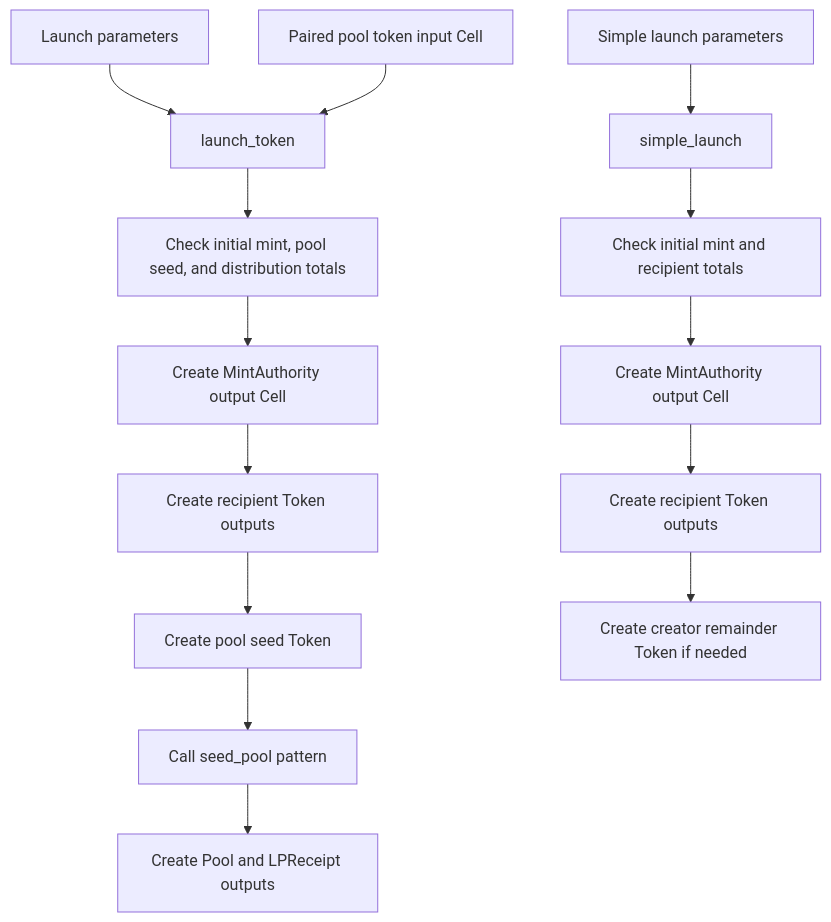
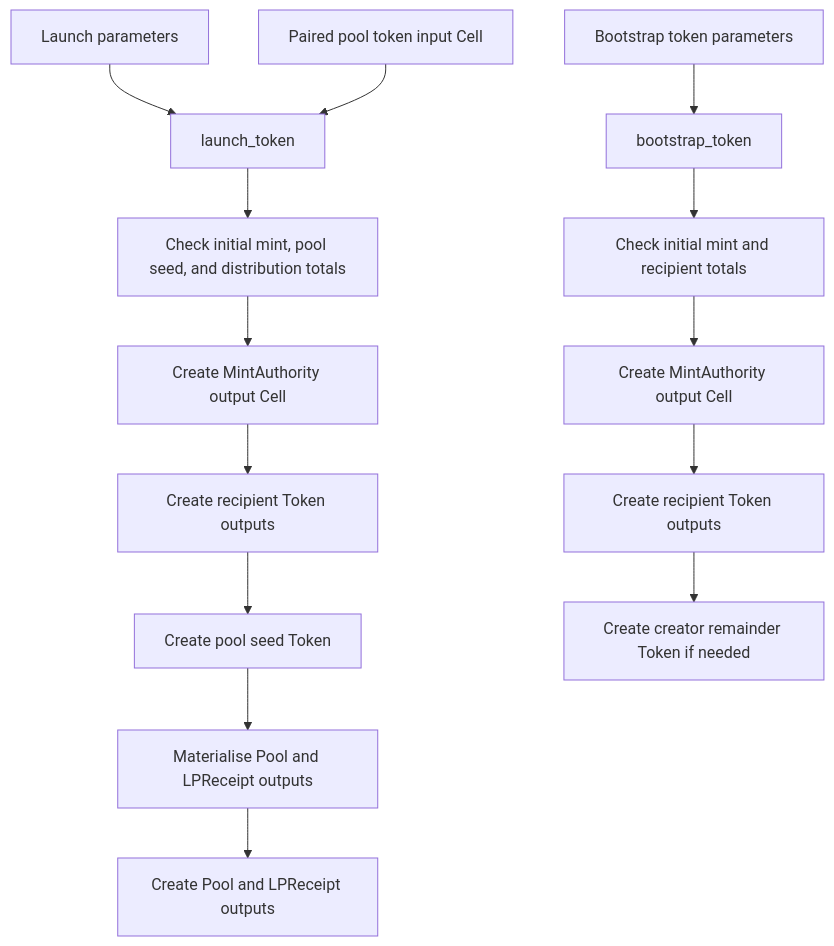
Before and after one commit to Myelin-Labs/Myelin: the third of 12 diagrams in cellscript/docs/CELLSCRIPT_EXAMPLE_BUSINESS_FLOWS.md, drawn with Mermaid. The commit also changed other lines of this file and 320 other files, not shown here.

````diff
--- a/cellscript/docs/CELLSCRIPT_EXAMPLE_BUSINESS_FLOWS.md
+++ b/cellscript/docs/CELLSCRIPT_EXAMPLE_BUSINESS_FLOWS.md
@@ -122,17 +130,17 @@
 ```mermaid
 flowchart TD
     A["Launch parameters"] --> B["launch_token"]
     C["Paired pool token input Cell"] --> B
     B --> D["Check initial mint, pool seed, and distribution totals"]
     D --> E["Create MintAuthority output Cell"]
     E --> F["Create recipient Token outputs"]
     F --> G["Create pool seed Token"]
-    G --> H["Call seed_pool pattern"]
+    G --> H["Materialise Pool and LPReceipt outputs"]
     H --> I["Create Pool and LPReceipt outputs"]
 
-    J["Simple launch parameters"] --> K["simple_launch"]
+    J["Bootstrap token parameters"] --> K["bootstrap_token"]
     K --> L["Check initial mint and recipient totals"]
     L --> M["Create MintAuthority output Cell"]
     M --> N["Create recipient Token outputs"]
     N --> O["Create creator remainder Token if needed"]
 ```
````
